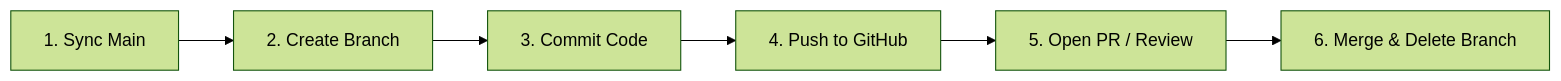
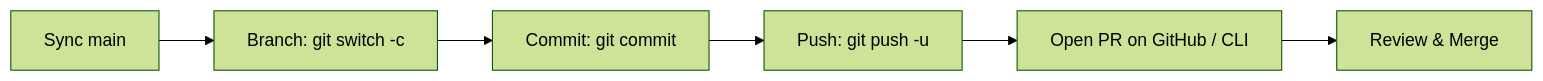
The diagram in github-cloud-commands/README.md (Shabber10/Git-Git-Hub-Commands), drawn with Mermaid (forest theme) before and after one commit. The commit also changed other lines of this file and 2 other files, not shown here.

````diff
--- a/github-cloud-commands/README.md
+++ b/github-cloud-commands/README.md
@@ -153,8 +112,8 @@
 ```mermaid
 graph LR
-    A[1. Sync Main] --> B[2. Create Branch]
-    B --> C[3. Commit Code]
-    C --> D[4. Push to GitHub]
-    D --> E[5. Open PR / Review]
-    E --> F[6. Merge & Delete Branch]
+    A[Sync main] --> B[Branch: git switch -c]
+    B --> C[Commit: git commit]
+    C --> D[Push: git push -u]
+    D --> E[Open PR on GitHub / CLI]
+    E --> F[Review & Merge]
 ```
````
